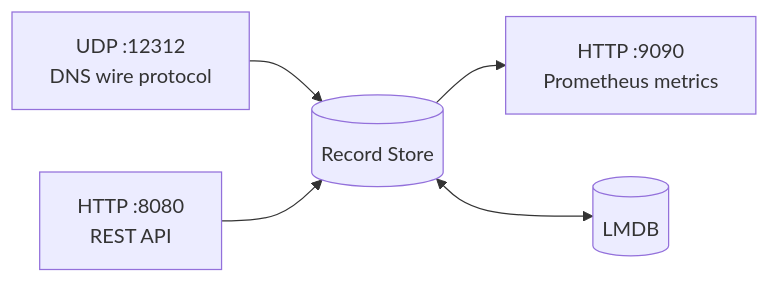
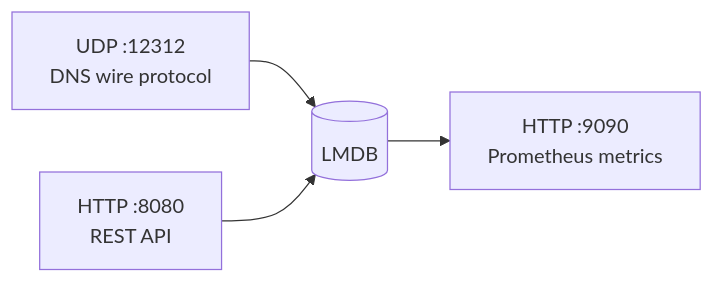
One commit to Danton11/RIND changed the first of 2 diagrams in README.md. Above: the diagram before and after it, drawn with Mermaid. The commit also changed other lines of this file and 85 other files, not shown here.

````diff
--- a/README.md
+++ b/README.md
@@ -11,7 +15,6 @@
 ```mermaid
 graph LR
-    UDP[UDP :12312<br/>DNS wire protocol] --> Store[(Record Store)]
+    UDP[UDP :12312<br/>DNS wire protocol] --> Store[(LMDB)]
     API[HTTP :8080<br/>REST API] --> Store
     Store --> Metrics[HTTP :9090<br/>Prometheus metrics]
-    Store <--> Disk[(LMDB)]
 ```
````
